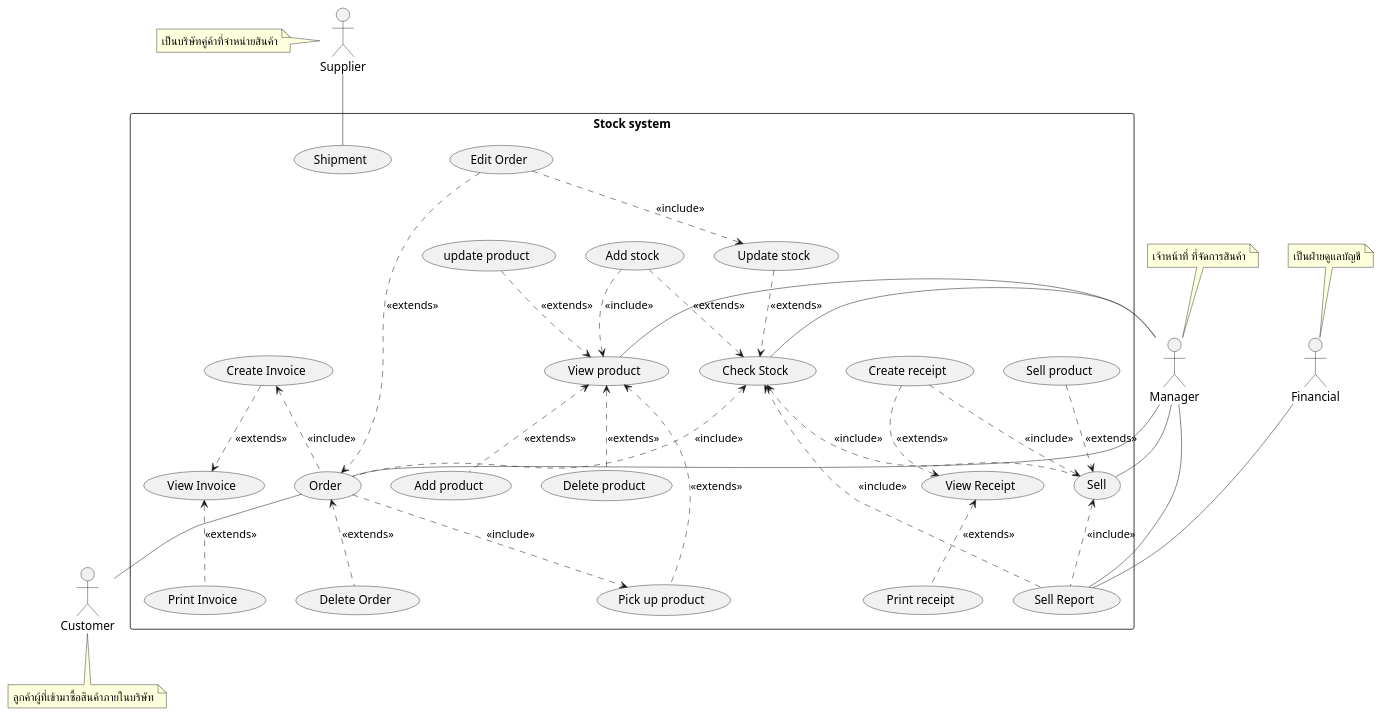
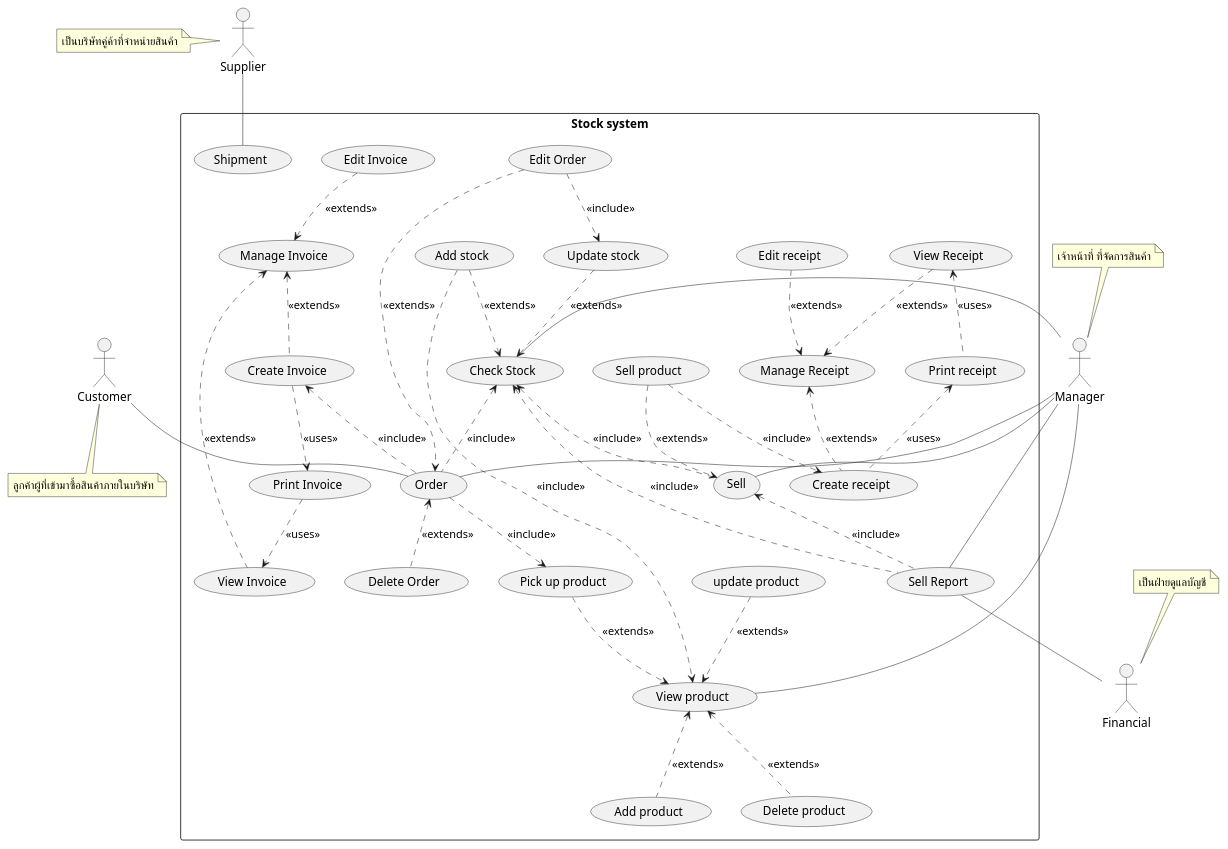
One commit to billowdev/inventory-system-plantuml-sequelize-seeder-example changed the diagram in system-analysis/usecase-diagram.puml. Above: the diagram before and after it, drawn with PlantUML.

Commit message:
change direction of customer

```diff
--- a/system-analysis/usecase-diagram.puml
+++ b/system-analysis/usecase-diagram.puml
@@ -1,162 +1,173 @@
 @startuml
 'https://plantuml.com/sequence-diagram
+
 skinparam Arrow{
     Thickness .6
 }
 skinparam Participant{
     FontColor #efefef
     BorderColor #c0c0c0
 }
 skinparam Sequence{
     ParticipantBorderThickness .5
     LifeLineBorderColor #8a8a8a
 }
 
 ' =================== Customer ===================
 ' role - ผู้ที่เข้ามาเพื่อซื้อสินค้าภายในบริษัท
 ' duty - ทำให้เกิดการซื้อขายสินค้า
 actor Customer as actorCustomer
 note bottom of actorCustomer : ลูกค้าผู้ที่เข้ามาซื้อสินค้าภายในบริษัท
 ' =================== Manager ===================
 ' role - เจ้าหน้าที่ ที่จัดการสินค้า ให้คงคลังสินค้าอยู่เสมอ
 ' duty - บริหารจัดการ stock สินค้า ทั้งการจำหน่ายออก และการรับสินค้ารวมถึงการ
 ' ออกใบสั่งของ การเช็คสินค้าและการทำรายงานต่างๆ
 actor Manager as actorManager
 note top of actorManager : เจ้าหน้าที่ ที่จัดการสินค้า
 ' =================== Supplier ===================
 ' role - เป็นบริษัทคู่ค้าที่จำหน่ายสินค้าหรือวัตถุดิบให้กับบริษัท
 ' duty - ขายและจัดส่งสินค้าตามใบสั่งของ
 actor Supplier as actorSupplier
 note left of actorSupplier : เป็นบริษัทคู่ค้าที่จำหน่ายสินค้า
 ' =================== Financial ===================
 ' role - เป็นฝ่ายดูแลบัญชีและการเงินของบริษัท
 ' duty - รับข้อมูลการซื้อและขายสินค้า
 actor Financial as actorFinancial
 note top of actorFinancial : เป็นฝ่ายดูแลบัญชี
 
 ' =================== Stock System ===================
 rectangle "Stock system" as stockSystem {
 
     ' ================ Selling ================
     ' กระบวนการขายสินค้า
     usecase (Sell) as (usecaseSell)
     '    การขายสินค้า
     usecase (Sell product) as (usecaseSellProduct)
     '    การตรวจสอบยอดสินค้า
 
     '    ออกใบเสร็จ
-    usecase (View Receipt) as (usecaseReceipt)
+    usecase (Manage Receipt) as (usecaseReceipt)
+    usecase (View Receipt) as (usecaseViewReceipt)
     usecase (Print receipt) as (usecasePrintReceipt)
+    usecase (Edit receipt) as (usecaseEditReceipt)
     usecase (Create receipt) as (usecaseCreateReceipt)
 
     ' ================ Ordering ================
     '    การสั่งซื้อสินค้า
     usecase (Order) as (usecaseOrder)
     usecase (Edit Order) as (usecaseEditOrder)
     usecase (Delete Order) as (usecaseDeleteOrder)
 
     '    การลงรับสินค้า
 
     ' ================ Reporting ================
     '   การทำรายงาน
     usecase (Sell Report) as (usecaseSellReport)
 
 
     ' ================ Product ================
     '    การสั่งซื้อสินค้า
     usecase (View product) as (usecaseProduct)
     usecase (Add product) as (usecaseAddProduct)
     usecase (update product) as (usecaseUpdateProduct)
     usecase (Delete product) as (usecaseDeleteProduct)
 
     usecase (Pick up product) as (usecasePickUpProduct)
 
-
-
     usecase (Check Stock) as (usecaseCheckStock)
     usecase (Add stock) as (usecaseAddStock)
     usecase (Update stock) as (usecaseUpdateStock)
 
 
 
     ' ================ Invoice ================
-    usecase (View Invoice) as (usecaseInvoice)
+    usecase (Manage Invoice) as (usecaseInvoice)
+    usecase (View Invoice) as (usecaseViewInvoice)
     usecase (Create Invoice) as (usecaseCreateInvoice)
+    usecase (Edit Invoice) as (usecaseEditInvoice)
     usecase (Print Invoice) as (usecasePrintInvoice)
 
     ' ================ Shipment ================
     usecase (Shipment) as (usecaseShipment)
 
     '    ===================== Associate Flow =====================
 
     '    ================ actor - usecase Flow ================
     '   ความสัมพันธ์ระหว่าง actor และ usecase ในส่วนของการขาย
     actorManager -- (usecaseSell)
 
     ' ===  ความสัมพันธ์ระหว่าง actor และ usecase ในส่วนของการสั่งซื้อสินค้า ===
-    actorManager -left- (usecaseOrder)
-    (usecaseOrder) -- actorCustomer
+    actorManager -- (usecaseOrder)
+    (usecaseOrder) -up- actorCustomer
 
     ' ===  ความสัมพันธ์ระหว่าง actor และ usecase ในส่วนของการสออกรายงาน ===
     actorManager --- (usecaseSellReport)
-    actorFinancial --- (usecaseSellReport)
+    actorFinancial -up- (usecaseSellReport)
 
-    actorManager -- (usecaseCheckStock)
-    actorManager -left- (usecaseProduct)
+    actorManager - (usecaseCheckStock)
+    actorManager -- (usecaseProduct)
 
-    actorSupplier -- (usecaseShipment)
+    actorSupplier -down- (usecaseShipment)
 
     '================ usecase - usecase Flow ================
 
 
     (usecaseProduct) <.. (usecaseAddProduct)  : <<extends>>
     (usecaseUpdateProduct) ..> (usecaseProduct) : <<extends>>
     (usecaseProduct) <.. (usecaseDeleteProduct)  : <<extends>>
-    (usecasePickUpProduct) .left.> (usecaseProduct) : <<extends>>
+    (usecasePickUpProduct) ..> (usecaseProduct) : <<extends>>
 
     ' ================ Stock ================
     (usecaseAddStock) ..> (usecaseCheckStock) : <<extends>>
     (usecaseAddStock) ..> (usecaseProduct) : <<include>>
 
     (usecaseUpdateStock) ..> (usecaseCheckStock) : <<extends>>
 
     ' ================ Sell ================
     (usecaseSellProduct) ..> (usecaseSell) : <<extends>>
-    (usecaseCheckStock) <.. (usecaseSell) : <<include>>
+    (usecaseCheckStock) <.. (usecaseSell)    : <<include>>
 
-    (usecaseCreateReceipt) ..> (usecaseSell) : <<include>>
+    (usecaseSellProduct)  ..> (usecaseCreateReceipt) : <<include>>
 
 
 
 
     '   การลงรับสินค้า เป็นส่วนหนึ่งของกระบวนการสั่งซื้อสินค้า
     (usecaseOrder) ..> (usecasePickUpProduct) : <<include>>
 
     '   การปรับปรุงยอดสินค้า เป็นส่วนหนึ่งของกระบวนการสั่งซื้อสินค้า
     (usecaseCheckStock) <.. (usecaseOrder) : <<include>>
 
     ' ================ Order ================
     (usecaseOrder) <.. (usecaseDeleteOrder) : <<extends>>
     (usecaseEditOrder) ..> (usecaseOrder) : <<extends>>
     (usecaseEditOrder) ..> (usecaseUpdateStock) : <<include>>
     (usecaseCreateInvoice) <.. (usecaseOrder) : <<include>>
 
     ' ================ Invoice ================
-    (usecaseCreateInvoice) ..> (usecaseInvoice) : <<extends>>
-    (usecaseInvoice)  <..   (usecasePrintInvoice): <<extends>>
+    (usecaseInvoice) <.. (usecaseViewInvoice) : <<extends>>
+    (usecaseInvoice)  <..   (usecaseCreateInvoice): <<extends>>
+    (usecaseEditInvoice) ..> (usecaseInvoice) : <<extends>>
+
+    (usecaseCreateInvoice) ..> (usecasePrintInvoice) : <<uses>>
+    (usecasePrintInvoice) ..> (usecaseViewInvoice) : <<uses>>
 
     ' ================ Receipt ================
-    (usecaseCreateReceipt) ..> (usecaseReceipt) : <<extends>>
-    (usecaseReceipt)  <..   (usecasePrintReceipt): <<extends>>
+    (usecaseCreateReceipt) .up.> (usecaseReceipt) : <<extends>>
+    (usecaseViewReceipt) ..> (usecaseReceipt) : <<extends>>
+    (usecaseEditReceipt) ..> (usecaseReceipt) : <<extends>>
+
+    (usecaseCreateReceipt) .up.> (usecasePrintReceipt) : <<uses>>
+    (usecaseViewReceipt)  <..   (usecasePrintReceipt): <<uses>>
 
     ' ================ Reporting ================
     '   การทำรายงาน
 
     (usecaseSell) <..  (usecaseSellReport)   : <<include>>
     (usecaseCheckStock) <..  (usecaseSellReport)   : <<include>>
 
     ' ================ Shipment ================
 
 }
 
 @enduml
```
